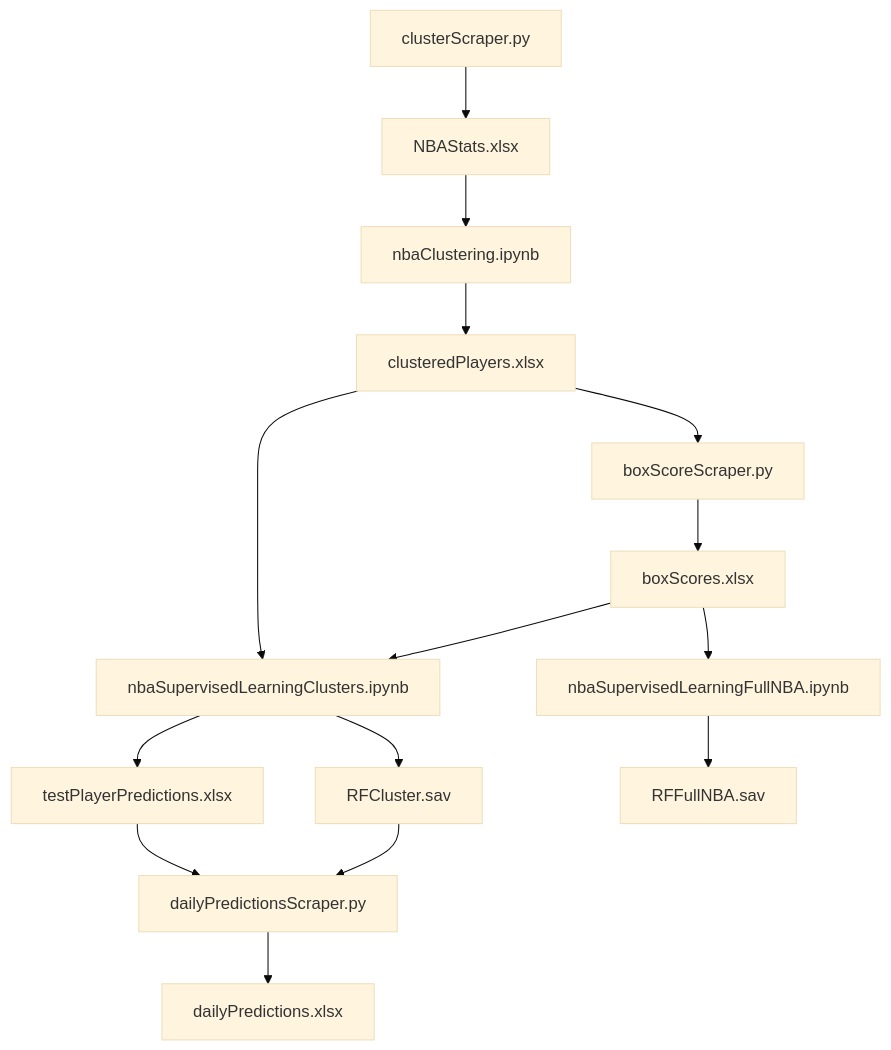
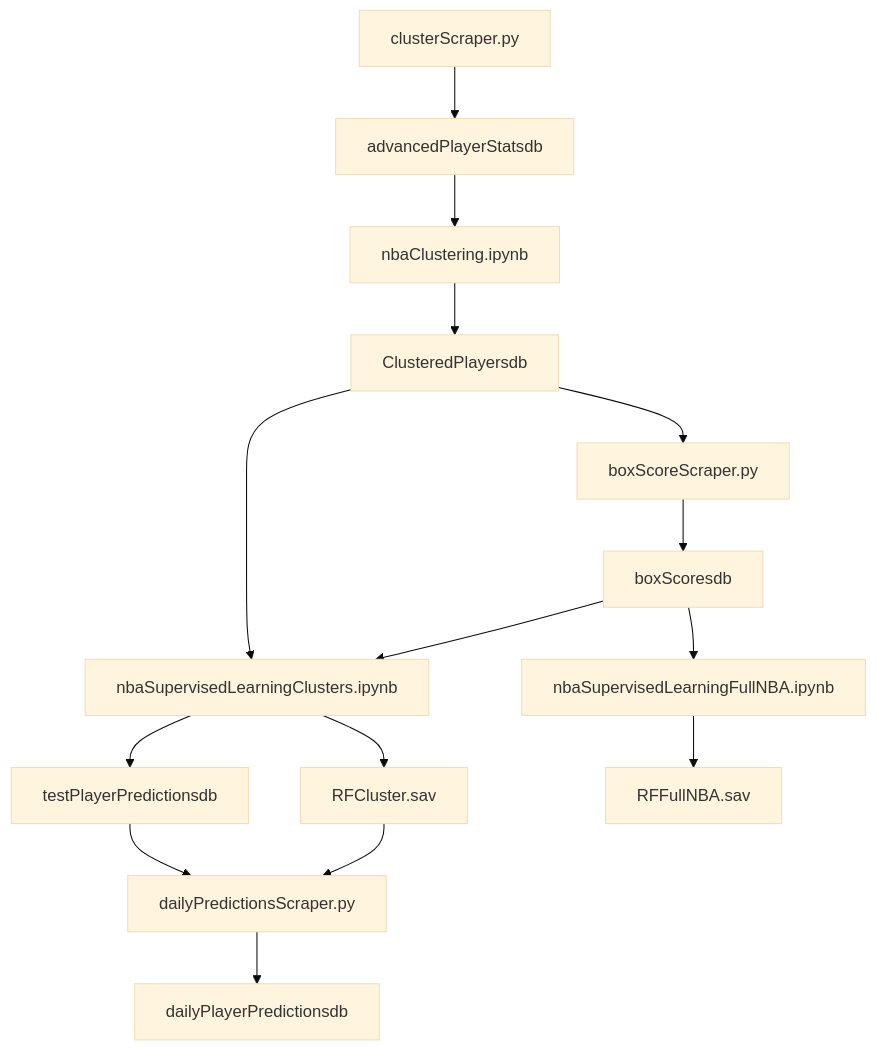
The diagram in README.md (ibracken/NBA_Machine_Learning), drawn with Mermaid (base theme) before and after one commit. The commit also changed other lines of this file and 12 other files, not shown here.

````diff
--- a/README.md
+++ b/README.md
@@ -66,18 +89,18 @@
 ```mermaid
 graph TD;
-    clusterScraper.py-->NBAStats.xlsx;
-    boxScoreScraper.py-->boxScores.xlsx;
-    NBAStats.xlsx-->nbaClustering.ipynb;
-    nbaClustering.ipynb-->clusteredPlayers.xlsx;
-    boxScores.xlsx-->nbaSupervisedLearningFullNBA.ipynb;
-    boxScores.xlsx-->nbaSupervisedLearningClusters.ipynb;
-    clusteredPlayers.xlsx-->nbaSupervisedLearningClusters.ipynb;
-    nbaSupervisedLearningClusters.ipynb-->testPlayerPredictions.xlsx;
+    clusterScraper.py-->advancedPlayerStatsdb;
+    boxScoreScraper.py-->boxScoresdb;
+    advancedPlayerStatsdb-->nbaClustering.ipynb;
+    nbaClustering.ipynb-->ClusteredPlayersdb;
+    boxScoresdb-->nbaSupervisedLearningFullNBA.ipynb;
+    boxScoresdb-->nbaSupervisedLearningClusters.ipynb;
+    ClusteredPlayersdb-->nbaSupervisedLearningClusters.ipynb;
+    nbaSupervisedLearningClusters.ipynb-->testPlayerPredictionsdb;
     nbaSupervisedLearningClusters.ipynb-->RFCluster.sav;
     nbaSupervisedLearningFullNBA.ipynb-->RFFullNBA.sav;
     RFCluster.sav-->dailyPredictionsScraper.py;
-    testPlayerPredictions.xlsx-->dailyPredictionsScraper.py;
-    clusteredPlayers.xlsx-->boxScoreScraper.py;
-    dailyPredictionsScraper.py-->dailyPredictions.xlsx;
+    testPlayerPredictionsdb-->dailyPredictionsScraper.py;
+    ClusteredPlayersdb-->boxScoreScraper.py;
+    dailyPredictionsScraper.py-->dailyPlayerPredictionsdb;
 
 ```
````
